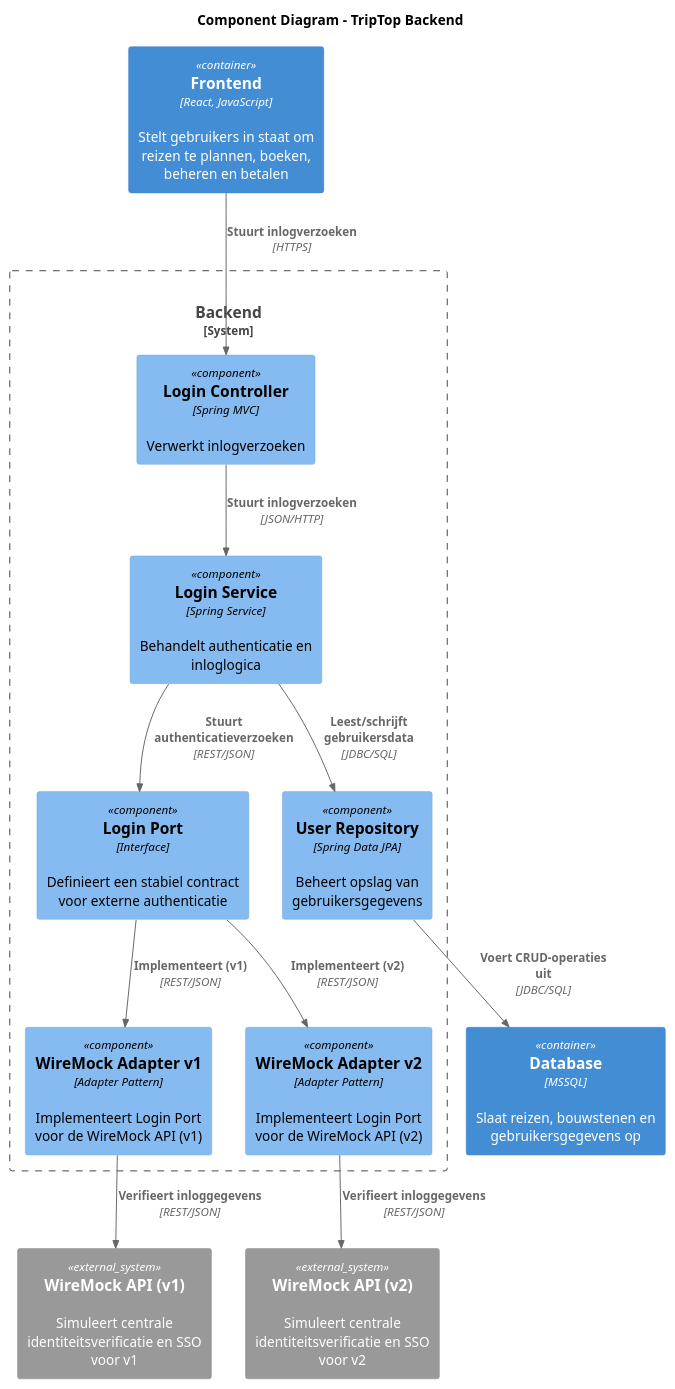
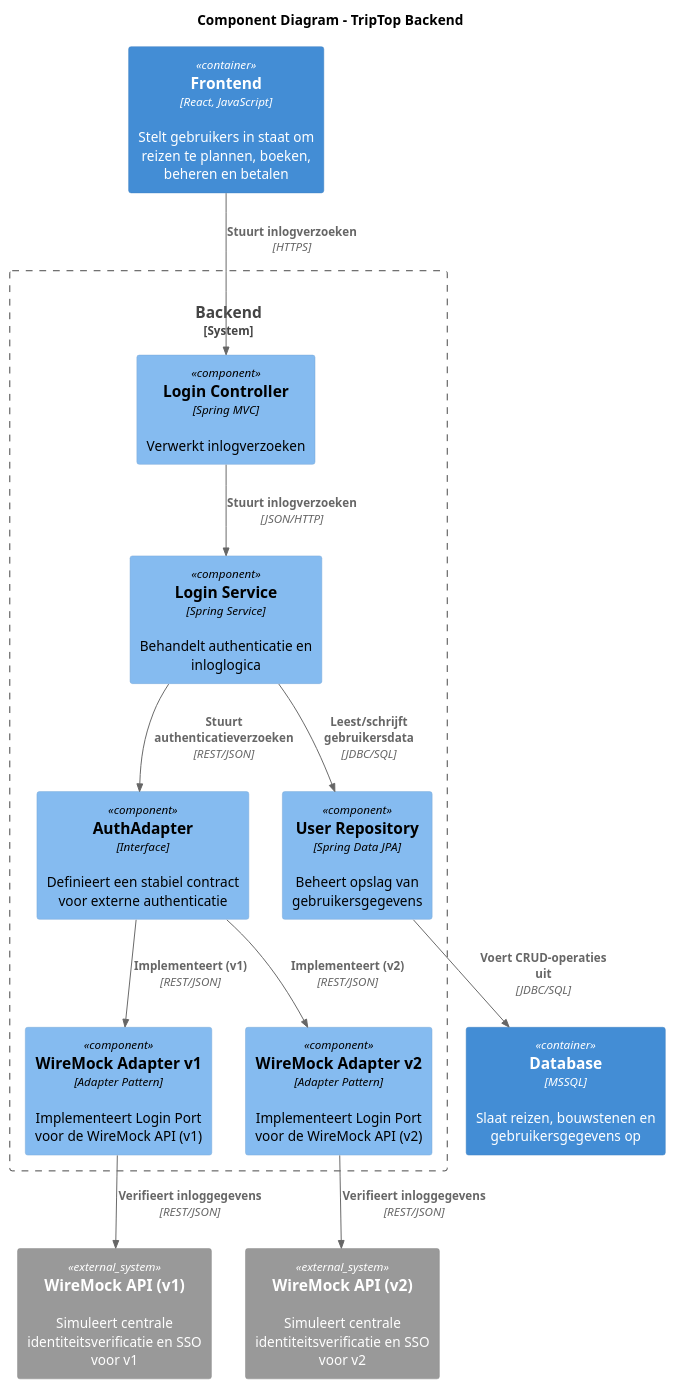
One commit to AIM-ENE-feb25/triptop-asas changed the diagram in software-guidebook/component-code/ahmed/component.puml. Above: the diagram before and after it, drawn with PlantUML. The commit also changed 6 other files, not shown here.

Commit message:
update diagrams

```diff
--- a/software-guidebook/component-code/ahmed/component.puml
+++ b/software-guidebook/component-code/ahmed/component.puml
@@ -1,34 +1,34 @@
 @startuml
 !include https://raw.githubusercontent.com/plantuml-stdlib/C4-PlantUML/master/C4_Component.puml
 title Component Diagram – TripTop Backend
 
 Container(frontend, "Frontend", "React, JavaScript", "Stelt gebruikers in staat om reizen te plannen, boeken, beheren en betalen")
 
 System_Boundary(backendSystem, "Backend", "Java, Spring Boot", "Beheert de businesslogica van TripTop") {
     Component(loginController, "Login Controller", "Spring MVC", "Verwerkt inlogverzoeken")
     Component(loginService, "Login Service", "Spring Service", "Behandelt authenticatie en inloglogica")
-    Component(loginPort, "Login Port", "Interface", "Definieert een stabiel contract voor externe authenticatie")
+    Component(loginPort, "AuthAdapter", "Interface", "Definieert een stabiel contract voor externe authenticatie")
     Component(userRepository, "User Repository", "Spring Data JPA", "Beheert opslag van gebruikersgegevens")
 
     Component(wireMockAdapterV1, "WireMock Adapter v1", "Adapter Pattern", "Implementeert Login Port voor de WireMock API (v1)")
     Component(wireMockAdapterV2, "WireMock Adapter v2", "Adapter Pattern", "Implementeert Login Port voor de WireMock API (v2)")
 
     Rel(loginController, loginService, "Stuurt inlogverzoeken", "JSON/HTTP")
     Rel(loginService, userRepository, "Leest/schrijft gebruikersdata", "JDBC/SQL")
     Rel(loginService, loginPort, "Stuurt authenticatieverzoeken", "REST/JSON")
 
     Rel(loginPort, wireMockAdapterV1, "Implementeert (v1)", "REST/JSON")
     Rel(loginPort, wireMockAdapterV2, "Implementeert (v2)", "REST/JSON")
 }
 
 System_Ext(identity_provider, "WireMock API (v1)", "Simuleert centrale identiteitsverificatie en SSO voor v1")
 System_Ext(identity_provider_v2, "WireMock API (v2)", "Simuleert centrale identiteitsverificatie en SSO voor v2")
 
 Rel(wireMockAdapterV1, identity_provider, "Verifieert inloggegevens", "REST/JSON")
 Rel(wireMockAdapterV2, identity_provider_v2, "Verifieert inloggegevens", "REST/JSON")
 
 Container(database, "Database", "MSSQL", "Slaat reizen, bouwstenen en gebruikersgegevens op")
 Rel(userRepository, database, "Voert CRUD-operaties uit", "JDBC/SQL")
 
 Rel(frontend, loginController, "Stuurt inlogverzoeken", "HTTPS")
 @enduml
```
